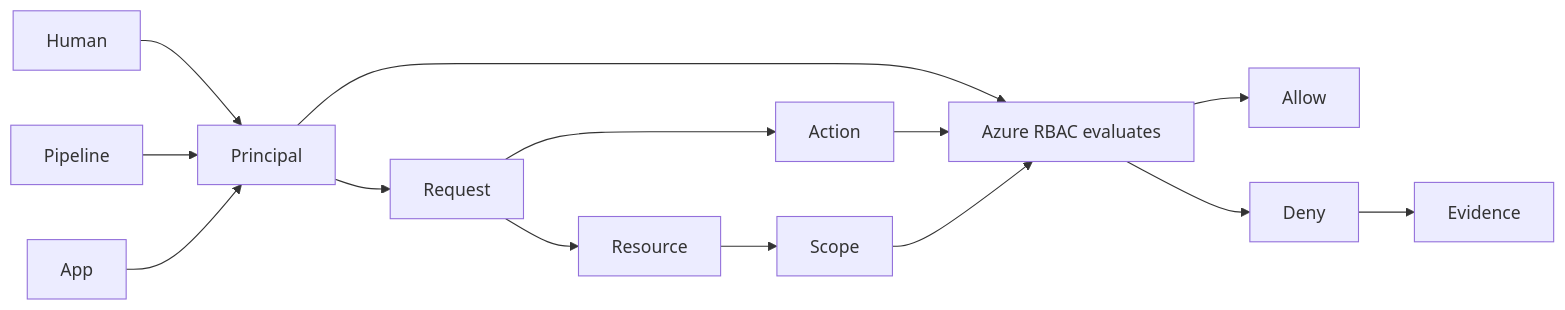
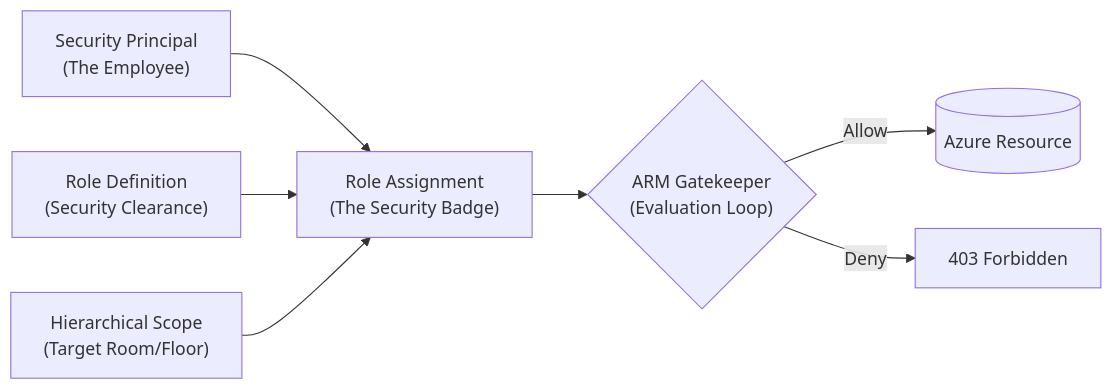
Before and after one commit to senlinyy/dev-roadmaps: the first of 2 diagrams in cloud-providers/azure/identity-security/what-is-azure-rbac.md, drawn with Mermaid. The commit also changed other lines of this file and 142 other files, not shown here.

````diff
--- a/cloud-providers/azure/identity-security/what-is-azure-rbac.md
+++ b/cloud-providers/azure/identity-security/what-is-azure-rbac.md
@@ -74,16 +39,14 @@
 ```mermaid
 flowchart LR
-    Human["Human"] --> Principal["Principal"]
-    Pipeline["Pipeline"] --> Principal
-    App["App"] --> Principal
-    Principal --> Request["Request"]
-    Request --> Action["Action"]
-    Request --> Resource["Resource"]
-    Resource --> Scope["Scope"]
-    Principal --> RBAC["Azure RBAC evaluates"]
-    Action --> RBAC
-    Scope --> RBAC
-    RBAC --> Allow["Allow"]
-    RBAC --> Deny["Deny"]
-    Deny --> Evidence["Evidence"]
+    Principal["Security Principal<br/>(The Employee)"]
+    Role["Role Definition<br/>(Security Clearance)"]
+    Scope["Hierarchical Scope<br/>(Target Room/Floor)"]
+    
+    Principal --> Assignment["Role Assignment<br/>(The Security Badge)"]
+    Role --> Assignment
+    Scope --> Assignment
+    
+    Assignment --> Gateway{"ARM Gatekeeper<br/>(Evaluation Loop)"}
+    Gateway --> |Allow| Resource[("Azure Resource")]
+    Gateway --> |Deny| Reject["403 Forbidden"]
 ```
````
